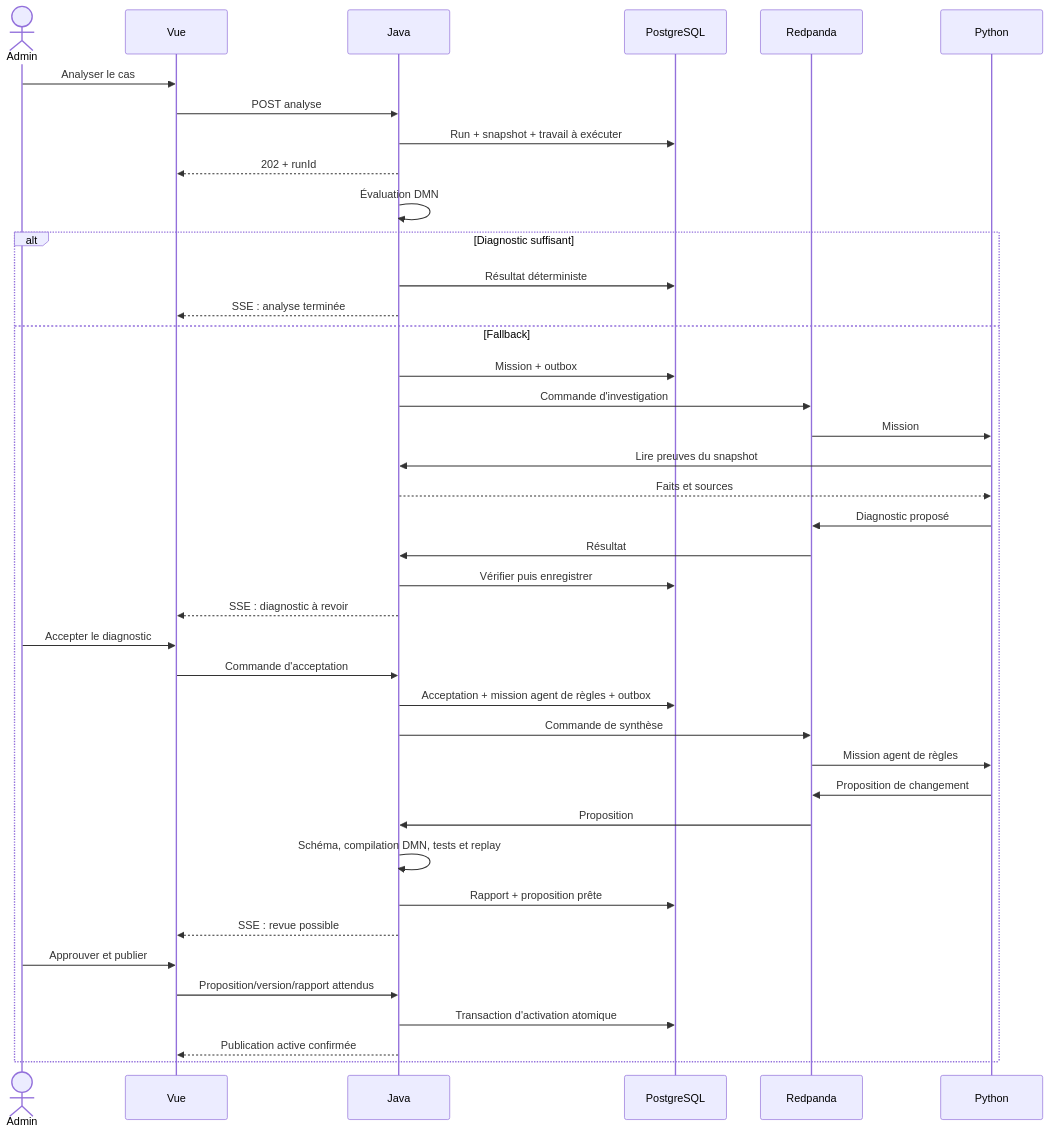
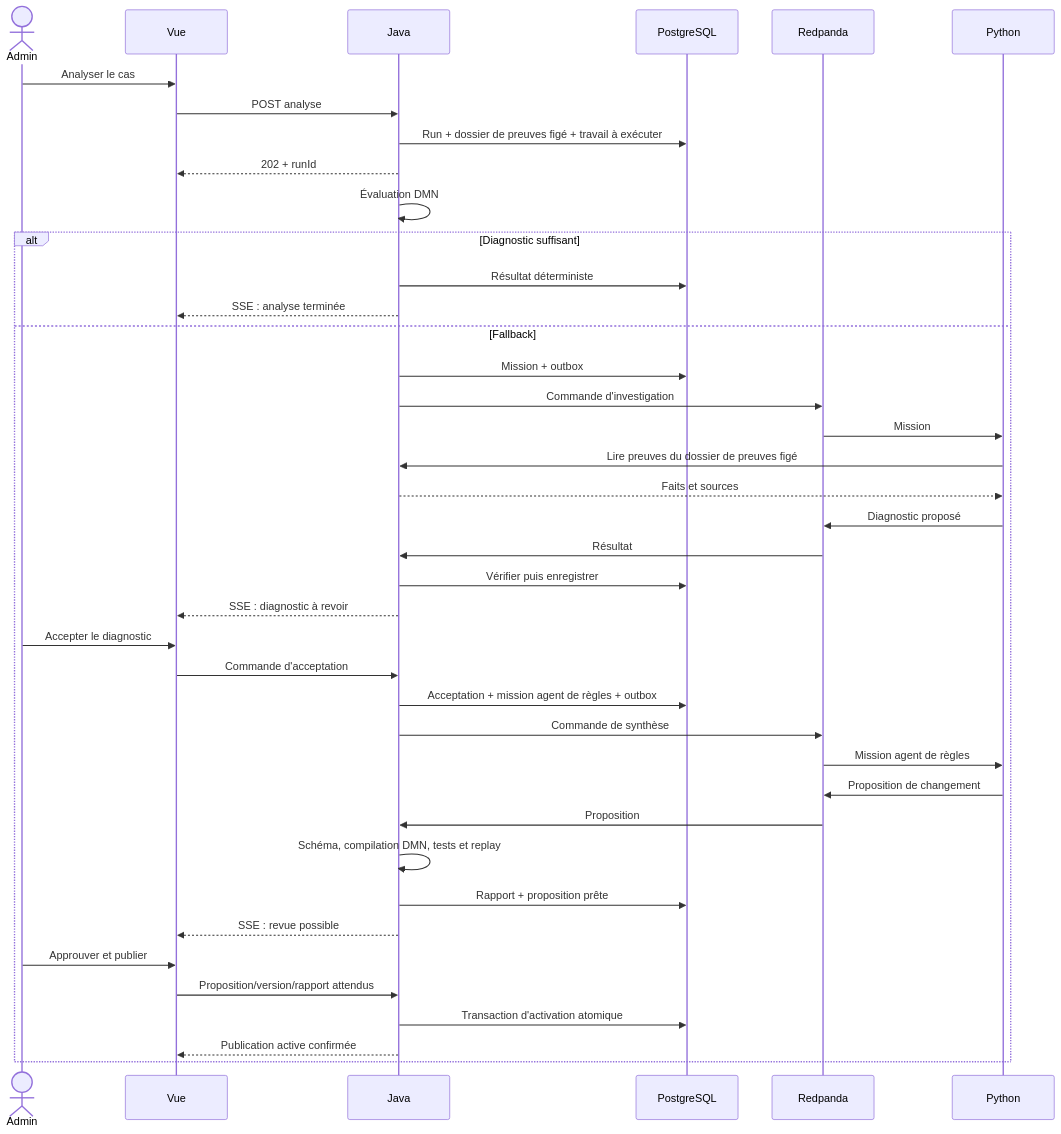
The diagram in framing/08-architecture-et-contrats.md (Kekhermes/library-stock-gap-poc), drawn with Mermaid before and after one commit. The commit also changed other lines of this file and 45 other files, not shown here.

````diff
--- a/framing/08-architecture-et-contrats.md
+++ b/framing/08-architecture-et-contrats.md
@@ -50,42 +50,42 @@
 ```mermaid
 sequenceDiagram
   actor A as Admin
   participant V as Vue
   participant J as Java
   participant D as PostgreSQL
   participant K as Redpanda
   participant P as Python
   A->>V: Analyser le cas
   V->>J: POST analyse
-  J->>D: Run + snapshot + travail à exécuter
+  J->>D: Run + dossier de preuves figé + travail à exécuter
   J-->>V: 202 + runId
   J->>J: Évaluation DMN
   alt Diagnostic suffisant
     J->>D: Résultat déterministe
     J-->>V: SSE : analyse terminée
   else Fallback
     J->>D: Mission + outbox
     J->>K: Commande d'investigation
     K->>P: Mission
-    P->>J: Lire preuves du snapshot
+    P->>J: Lire preuves du dossier de preuves figé
     J-->>P: Faits et sources
     P->>K: Diagnostic proposé
     K->>J: Résultat
     J->>D: Vérifier puis enregistrer
     J-->>V: SSE : diagnostic à revoir
     A->>V: Accepter le diagnostic
     V->>J: Commande d'acceptation
     J->>D: Acceptation + mission agent de règles + outbox
     J->>K: Commande de synthèse
     K->>P: Mission agent de règles
     P->>K: Proposition de changement
     K->>J: Proposition
     J->>J: Schéma, compilation DMN, tests et replay
     J->>D: Rapport + proposition prête
     J-->>V: SSE : revue possible
     A->>V: Approuver et publier
     V->>J: Proposition/version/rapport attendus
     J->>D: Transaction d'activation atomique
     J-->>V: Publication active confirmée
   end
 ```
````
